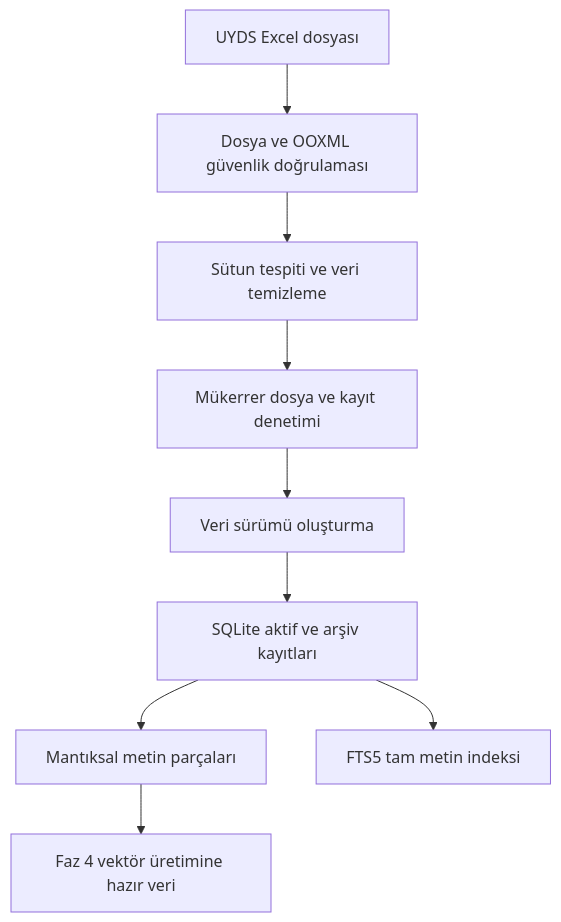
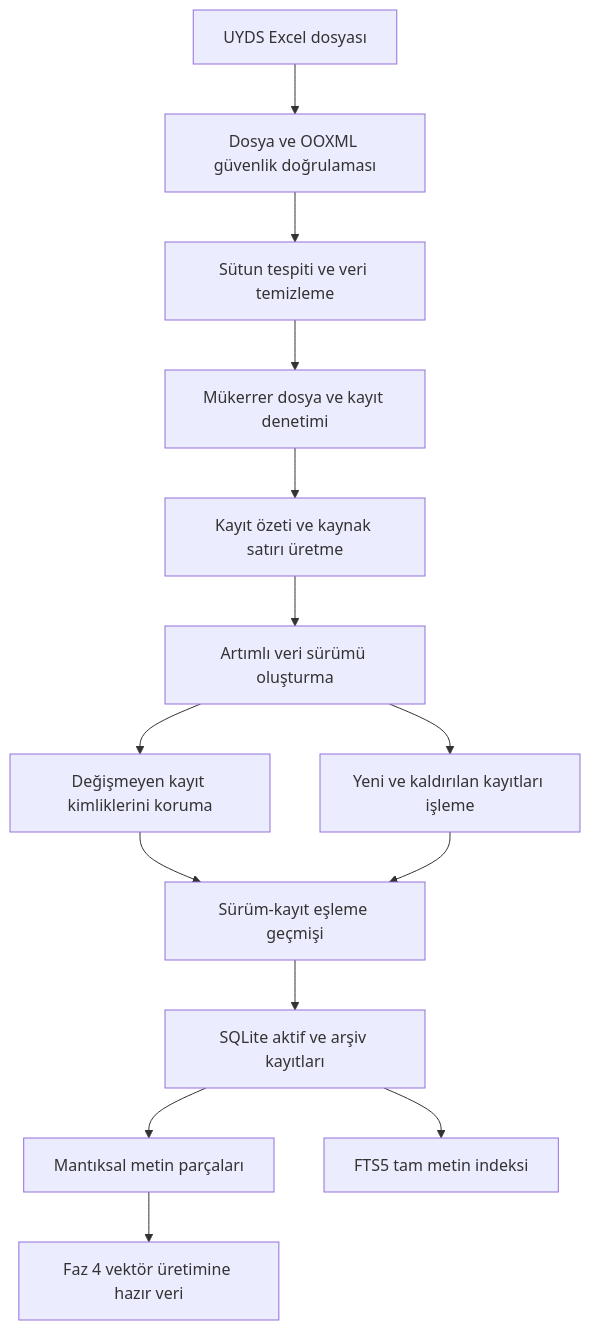
The diagram in README.md (mecik-arda/UYDS-SSS-hades-bot), drawn with Mermaid before and after one commit. The commit also changed other lines of this file and 7 other files, not shown here.

````diff
--- a/README.md
+++ b/README.md
@@ -73,11 +81,16 @@
 ```mermaid
 flowchart TD
     A["UYDS Excel dosyası"] --> B["Dosya ve OOXML güvenlik doğrulaması"]
     B --> C["Sütun tespiti ve veri temizleme"]
     C --> D["Mükerrer dosya ve kayıt denetimi"]
-    D --> E["Veri sürümü oluşturma"]
-    E --> F["SQLite aktif ve arşiv kayıtları"]
-    F --> G["Mantıksal metin parçaları"]
-    F --> H["FTS5 tam metin indeksi"]
+    D --> E["Kayıt özeti ve kaynak satırı üretme"]
+    E --> F["Artımlı veri sürümü oluşturma"]
+    F --> J["Değişmeyen kayıt kimliklerini koruma"]
+    F --> K["Yeni ve kaldırılan kayıtları işleme"]
+    J --> L["Sürüm-kayıt eşleme geçmişi"]
+    K --> L
+    L --> M["SQLite aktif ve arşiv kayıtları"]
+    M --> G["Mantıksal metin parçaları"]
+    M --> H["FTS5 tam metin indeksi"]
     G --> I["Faz 4 vektör üretimine hazır veri"]
 ```
````
